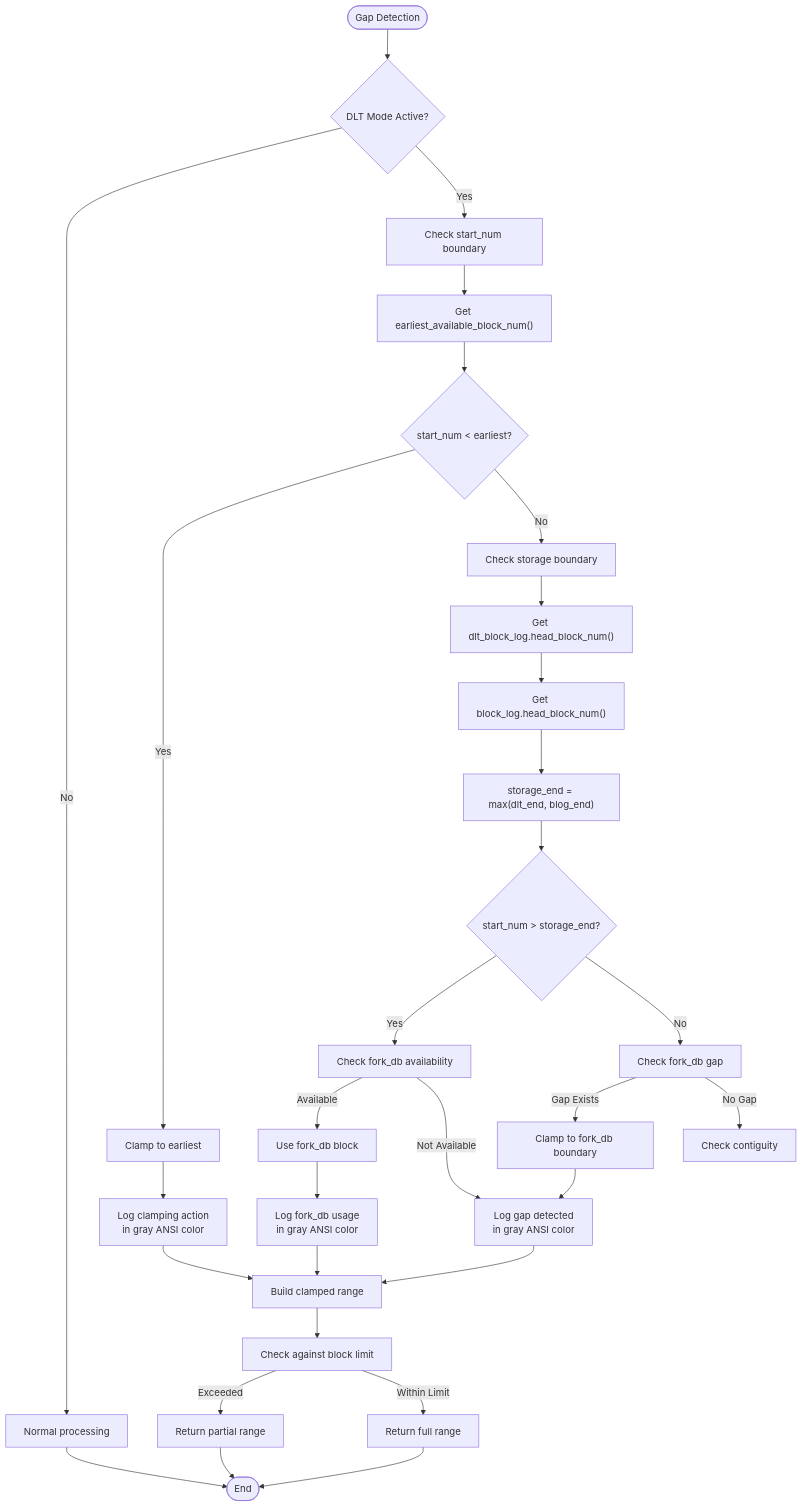
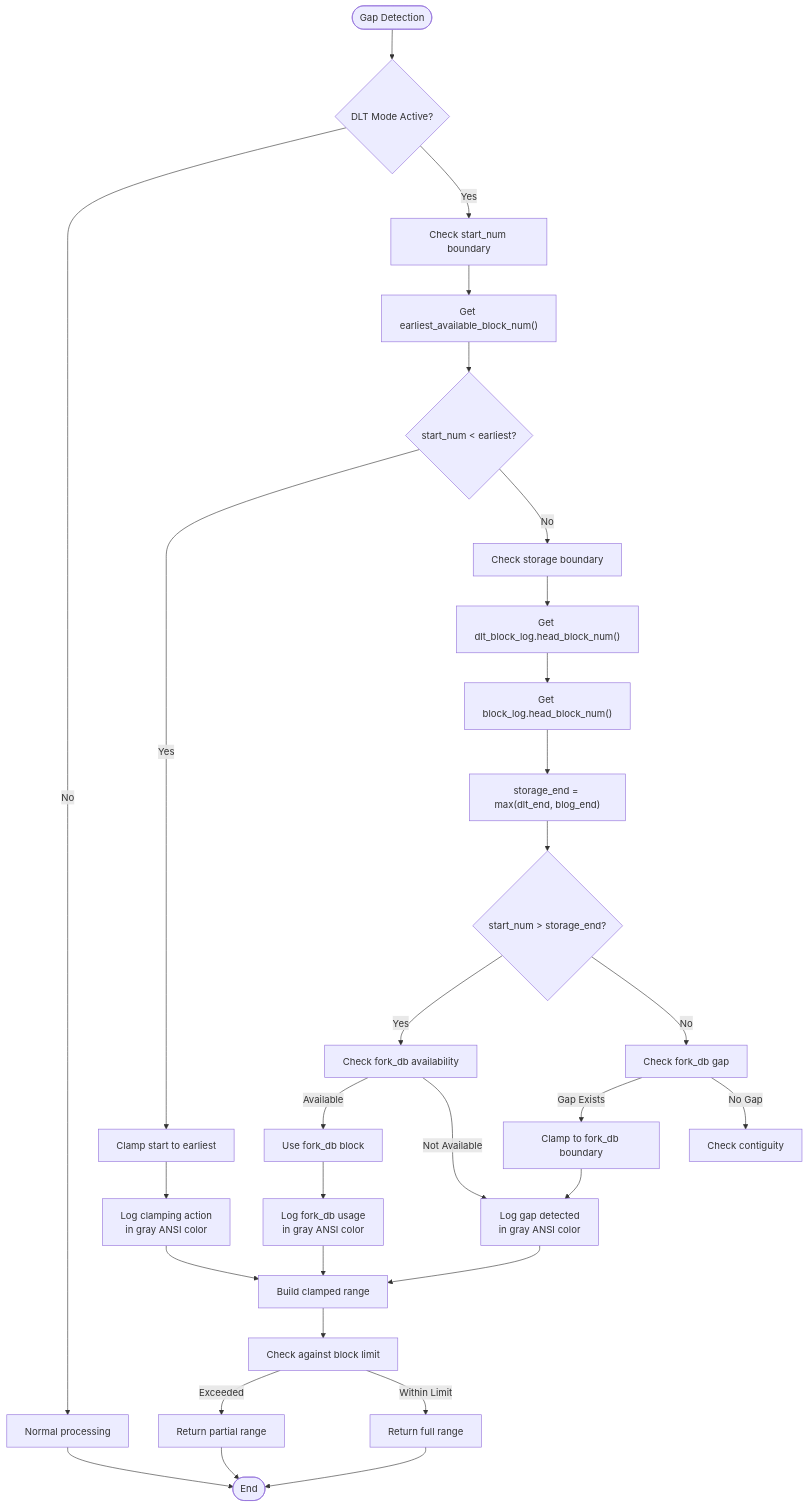
Before and after one commit to VIZ-Blockchain/viz-cpp-node: diagram 12 of 36 in .qoder/repowiki/en/content/P2p Plugin.md, drawn with Mermaid. The commit also changed other lines of this file and 3 other files, not shown here.

````diff
--- a/.qoder/repowiki/en/content/P2p Plugin.md
+++ b/.qoder/repowiki/en/content/P2p Plugin.md
@@ -571,32 +571,32 @@
 ```mermaid
 flowchart TD
 Start([Gap Detection]) --> CheckDLTMode{"DLT Mode Active?"}
 CheckDLTMode --> |No| NormalProcessing["Normal processing"]
 CheckDLTMode --> |Yes| CheckStartBoundary["Check start_num boundary"]
 CheckStartBoundary --> GetEarliest["Get earliest_available_block_num()"]
 GetEarliest --> CheckBelowEarliest{"start_num < earliest?"}
-CheckBelowEarliest --> |Yes| ClampToEarliest["Clamp to earliest"]
+CheckBelowEarliest --> |Yes| ClampToEarliest["Clamp start to earliest"]
 CheckBelowEarliest --> |No| CheckStorageBoundary["Check storage boundary"]
 CheckStorageBoundary --> GetDLTEnd["Get dlt_block_log.head_block_num()"]
 GetDLTEnd --> GetBlogEnd["Get block_log.head_block_num()"]
 GetBlogEnd --> GetStorageEnd["storage_end = max(dlt_end, blog_end)"]
 GetStorageEnd --> CheckBeyondStorage{"start_num > storage_end?"}
 CheckBeyondStorage --> |Yes| CheckForkDB["Check fork_db availability"]
 CheckBeyondStorage --> |No| CheckForkDBGap["Check fork_db gap"]
 CheckForkDB --> |Available| UseForkDB["Use fork_db block"]
 CheckForkDB --> |Not Available| LogGap["Log gap detected<br/>in gray ANSI color"]
 CheckForkDBGap --> |Gap Exists| ClampToForkDB["Clamp to fork_db boundary"]
 CheckForkDBGap --> |No Gap| CheckContiguous["Check contiguity"]
 ClampToEarliest --> LogClamp["Log clamping action<br/>in gray ANSI color"]
 ClampToForkDB --> LogGap
 UseForkDB --> LogForkDB["Log fork_db usage<br/>in gray ANSI color"]
 LogClamp --> BuildRange["Build clamped range"]
 LogGap --> BuildRange
 LogForkDB --> BuildRange
 BuildRange --> CheckLimit["Check against block limit"]
 CheckLimit --> |Exceeded| ReturnPartial["Return partial range"]
 CheckLimit --> |Within Limit| ReturnFull["Return full range"]
 ReturnPartial --> End([End])
 ReturnFull --> End
 NormalProcessing --> End
 ```
````
